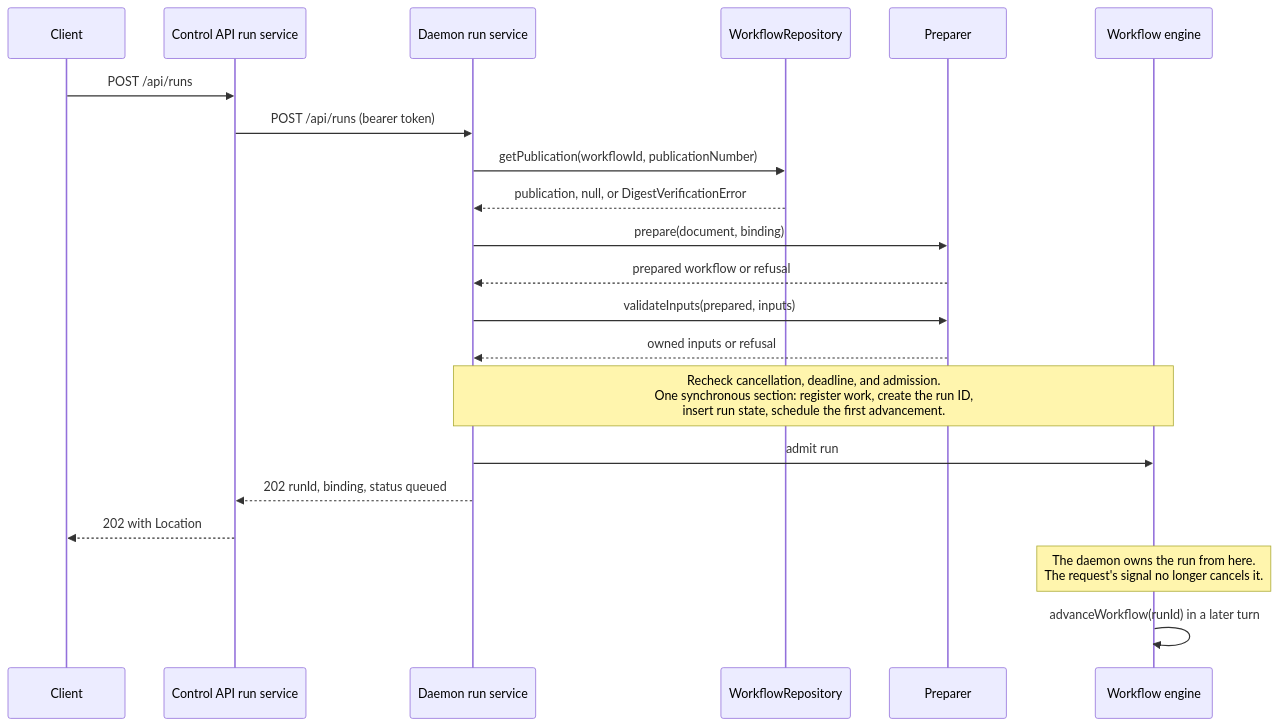
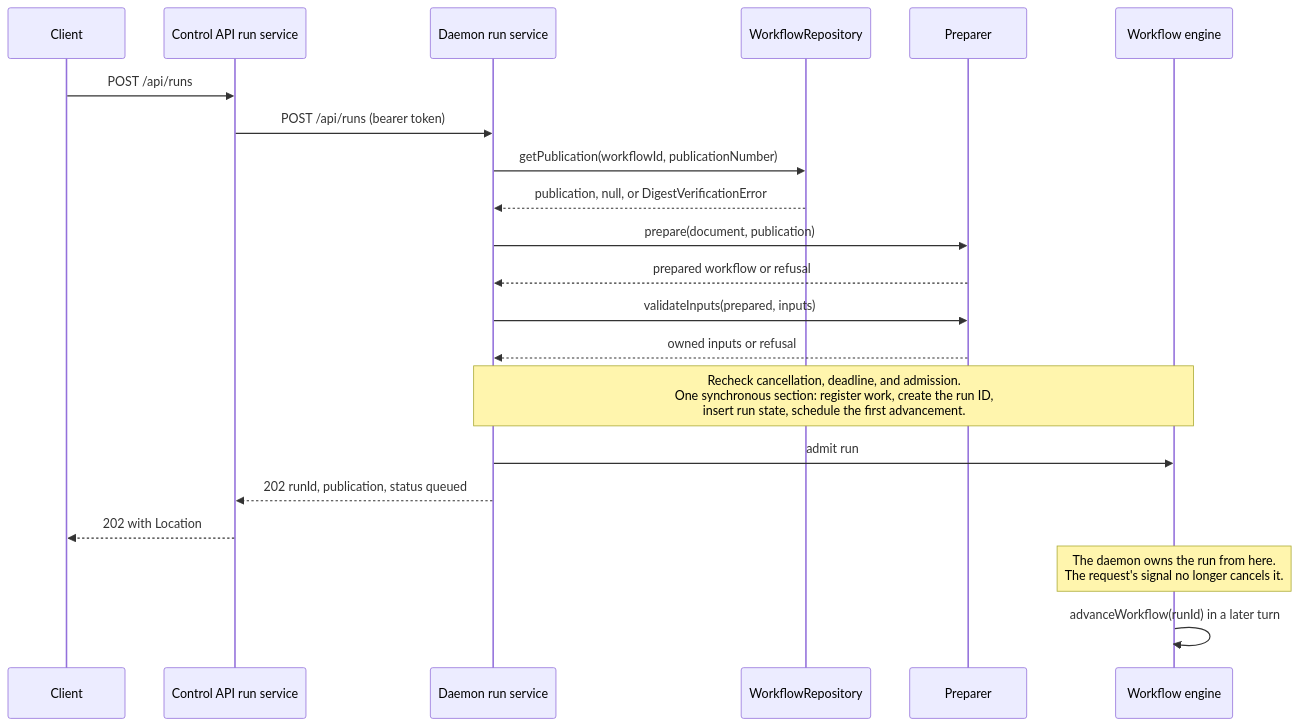
Before and after one commit to RostrumAI/rostrum-dev-docs: the first of 6 diagrams in designs/m2-epic-2-sequential-workflows.md, drawn with Mermaid. The commit also changed other lines of this file, not shown here.

First line of the commit message:
docs: say "the run's publication" instead of "publication binding"

````diff
--- a/designs/m2-epic-2-sequential-workflows.md
+++ b/designs/m2-epic-2-sequential-workflows.md
@@ -194,23 +194,23 @@
 ```mermaid
 sequenceDiagram
     participant Client
     participant CAPI as Control API run service
     participant DRS as Daemon run service
     participant Repo as WorkflowRepository
     participant Prep as Preparer
     participant Engine as Workflow engine
     Client->>CAPI: POST /api/runs
     CAPI->>DRS: POST /api/runs (bearer token)
     DRS->>Repo: getPublication(workflowId, publicationNumber)
     Repo-->>DRS: publication, null, or DigestVerificationError
-    DRS->>Prep: prepare(document, binding)
+    DRS->>Prep: prepare(document, publication)
     Prep-->>DRS: prepared workflow or refusal
     DRS->>Prep: validateInputs(prepared, inputs)
     Prep-->>DRS: owned inputs or refusal
     Note over DRS,Engine: Recheck cancellation, deadline, and admission.<br/>One synchronous section: register work, create the run ID,<br/>insert run state, schedule the first advancement.
     DRS->>Engine: admit run
-    DRS-->>CAPI: 202 runId, binding, status queued
+    DRS-->>CAPI: 202 runId, publication, status queued
     CAPI-->>Client: 202 with Location
     Note over Engine: The daemon owns the run from here.<br/>The request's signal no longer cancels it.
     Engine->>Engine: advanceWorkflow(runId) in a later turn
 ```
````
